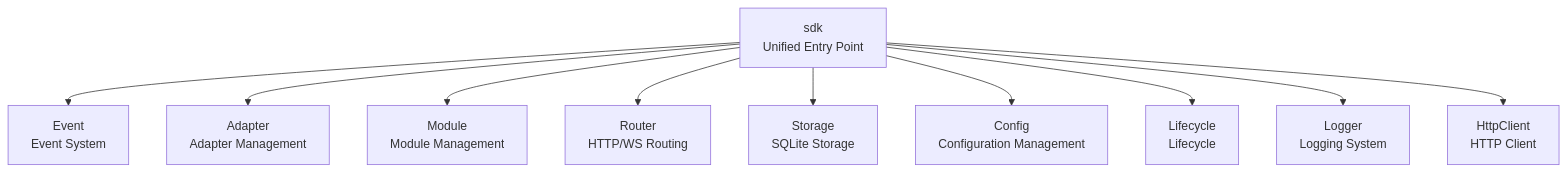
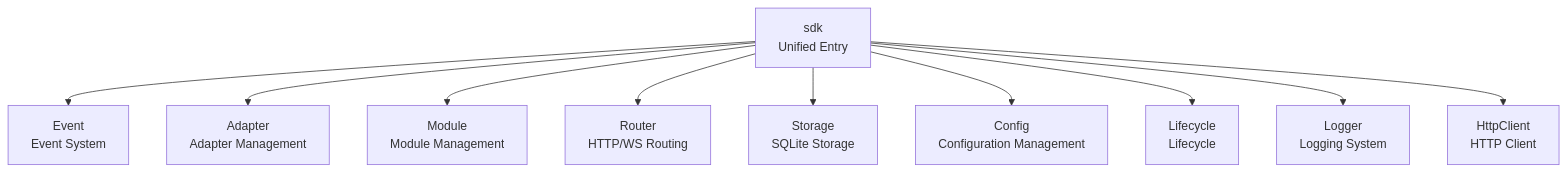
Before and after one commit to ErisPulse/ErisPulse: the second of 2 diagrams in README.md, drawn with Mermaid. The commit also changed other lines of this file and 57 other files, not shown here.

````diff
--- a/README.md
+++ b/README.md
@@ -504,14 +504,14 @@
 ```mermaid
 graph TB
-    SDK["sdk<br/>Unified Entry Point"]
+    SDK["sdk<br/>Unified Entry"]
 
     SDK --> Event["Event<br/>Event System"]
     SDK --> AdapterMgr["Adapter<br/>Adapter Management"]
     SDK --> ModuleMgr["Module<br/>Module Management"]
     SDK --> Router["Router<br/>HTTP/WS Routing"]
     SDK --> Storage["Storage<br/>SQLite Storage"]
     SDK --> Config["Config<br/>Configuration Management"]
     SDK --> Lifecycle["Lifecycle<br/>Lifecycle"]
     SDK --> Logger["Logger<br/>Logging System"]
     SDK --> Client["HttpClient<br/>HTTP Client"]
 ```
````
